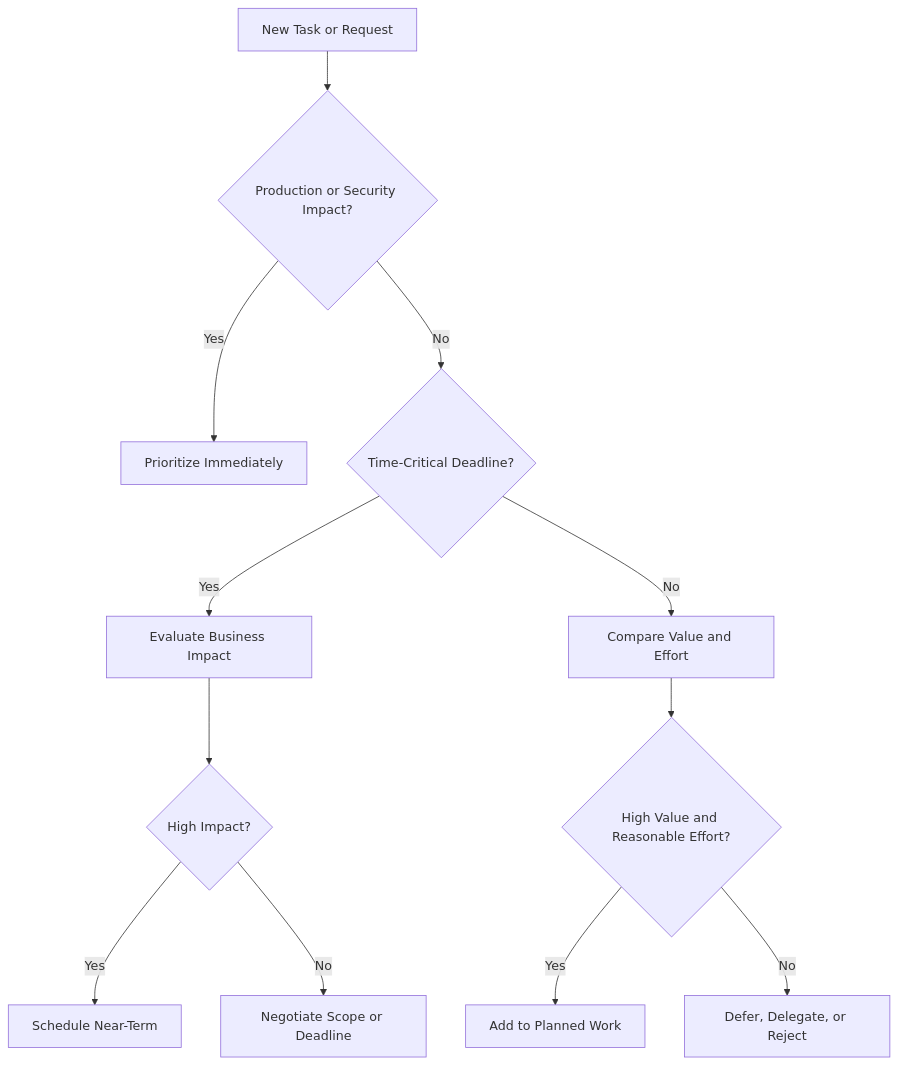
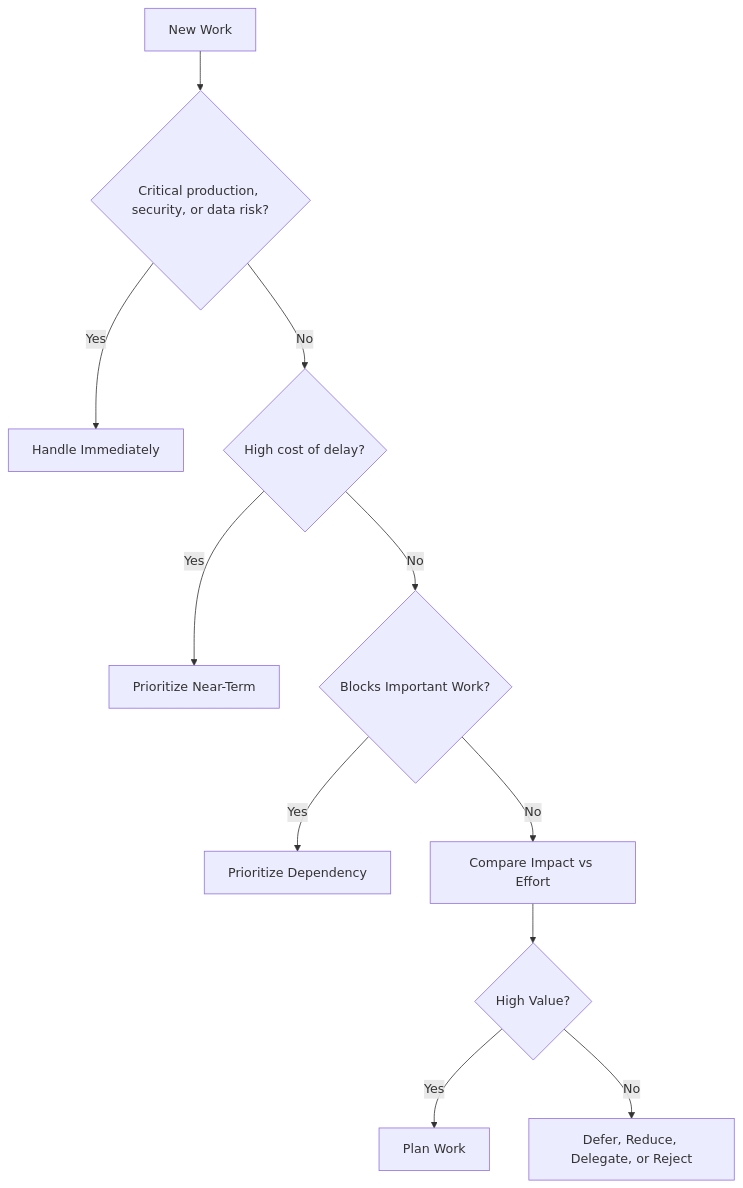
One commit to AvadhBhalodiya/Interview-Preparation changed the third of 8 diagrams in src/content/behavioral/prioritization-tradeoffs.md. Above: the diagram before and after it, drawn with Mermaid. The commit also changed other lines of this file and 54 other files, not shown here.

````diff
--- a/src/content/behavioral/prioritization-tradeoffs.md
+++ b/src/content/behavioral/prioritization-tradeoffs.md
@@ -116,14 +144,13 @@
 ```mermaid
 flowchart TD
-    A[New Task or Request] --> B{Production or Security Impact?}
-    B -- Yes --> C[Prioritize Immediately]
-    B -- No --> D{Time-Critical Deadline?}
-    D -- Yes --> E[Evaluate Business Impact]
-    D -- No --> F[Compare Value and Effort]
-    E --> G{High Impact?}
-    G -- Yes --> H[Schedule Near-Term]
-    G -- No --> I[Negotiate Scope or Deadline]
-    F --> J{High Value and Reasonable Effort?}
-    J -- Yes --> K[Add to Planned Work]
-    J -- No --> L[Defer, Delegate, or Reject]
+    A[New Work] --> B{Critical production, security, or data risk?}
+    B -- Yes --> C[Handle Immediately]
+    B -- No --> D{High cost of delay?}
+    D -- Yes --> E[Prioritize Near-Term]
+    D -- No --> F{Blocks Important Work?}
+    F -- Yes --> G[Prioritize Dependency]
+    F -- No --> H["Compare Impact vs Effort"]
+    H --> I{High Value?}
+    I -- Yes --> J[Plan Work]
+    I -- No --> K["Defer, Reduce, Delegate, or Reject"]
 ```
````
